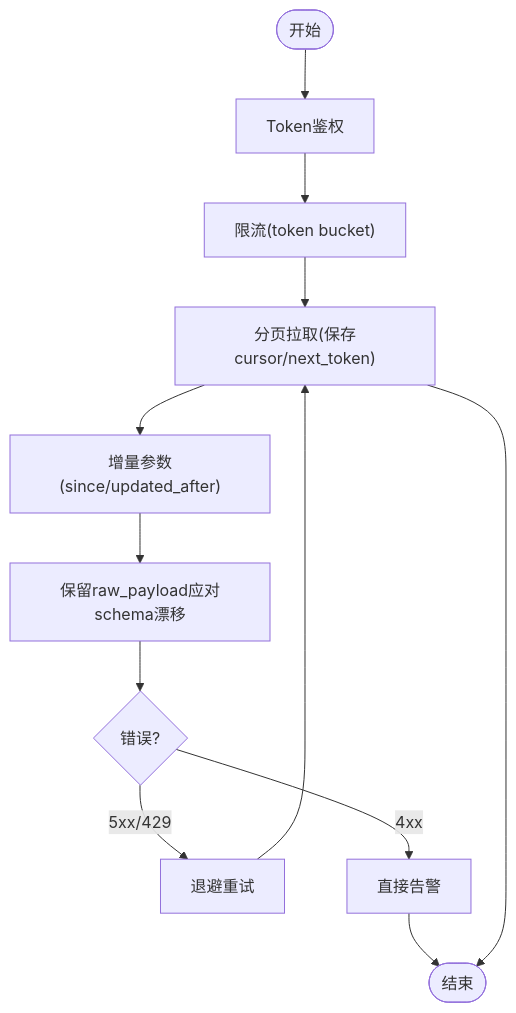
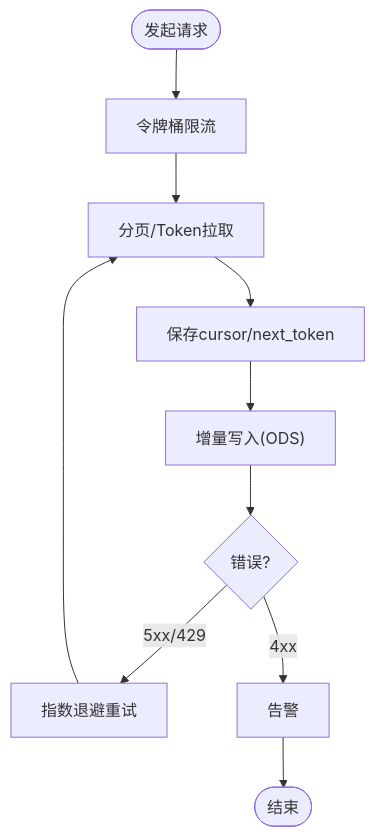
One commit to 13679659643/Data_Warehouse_Engineering changed the ninth of 12 diagrams in .qoder/repowiki/zh/content/知识库系统/ETL模式库.md. Above: the diagram before and after it, drawn with Mermaid. The commit also changed other lines of this file and 88 other files, not shown here.

````diff
--- a/.qoder/repowiki/zh/content/知识库系统/ETL模式库.md
+++ b/.qoder/repowiki/zh/content/知识库系统/ETL模式库.md
@@ -364,14 +341,12 @@
 ```mermaid
 flowchart TD
-Start(["开始"]) --> Auth["Token鉴权"]
-Auth --> RateLimit["限流(token bucket)"]
-RateLimit --> Fetch["分页拉取(保存cursor/next_token)"]
-Fetch --> Incremental["增量参数(since/updated_after)"]
-Incremental --> SchemaDrift["保留raw_payload应对schema漂移"]
-SchemaDrift --> Retry{"错误?"}
-Retry --> |5xx/429| Backoff["退避重试"]
-Retry --> |4xx| Alert["直接告警"]
+Start(["发起请求"]) --> RateLimit["令牌桶限流"]
+RateLimit --> Fetch["分页/Token拉取"]
+Fetch --> Cursor["保存cursor/next_token"]
+Cursor --> Upsert["增量写入(ODS)"]
+Upsert --> Retry{"错误?"}
+Retry --> |5xx/429| Backoff["指数退避重试"]
+Retry --> |4xx| Alert["告警"]
 Backoff --> Fetch
 Alert --> End(["结束"])
-Fetch --> End
 ```
````
